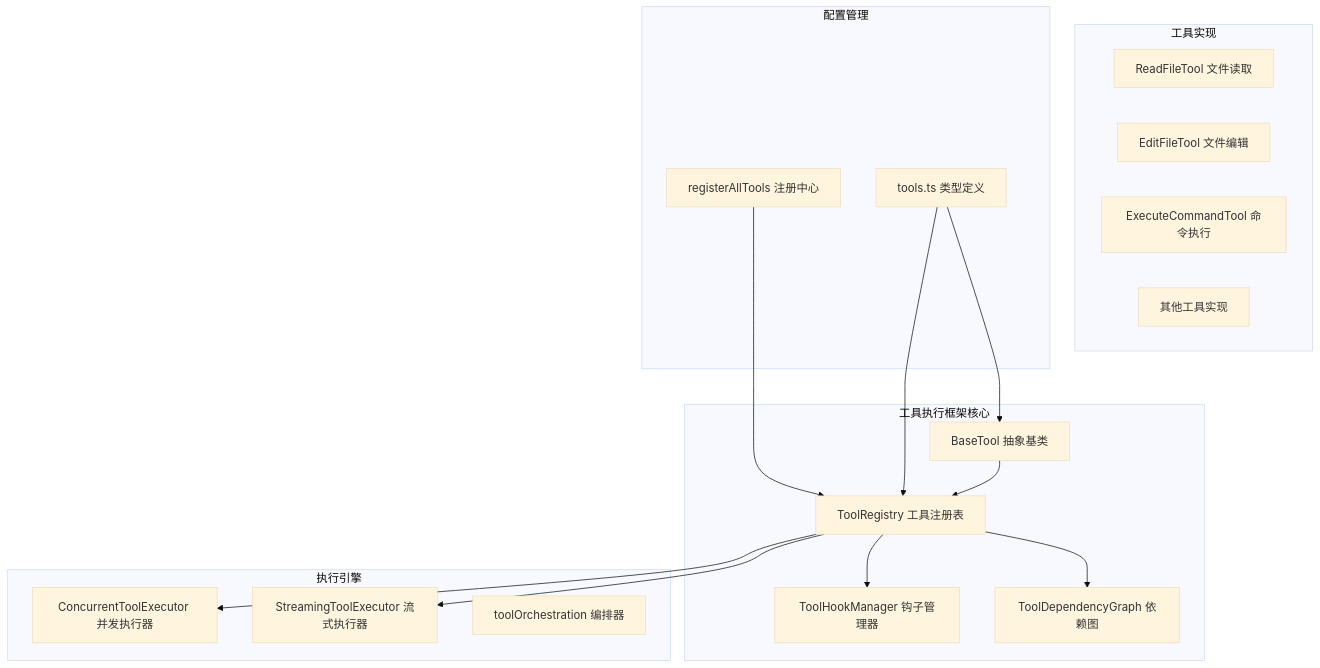
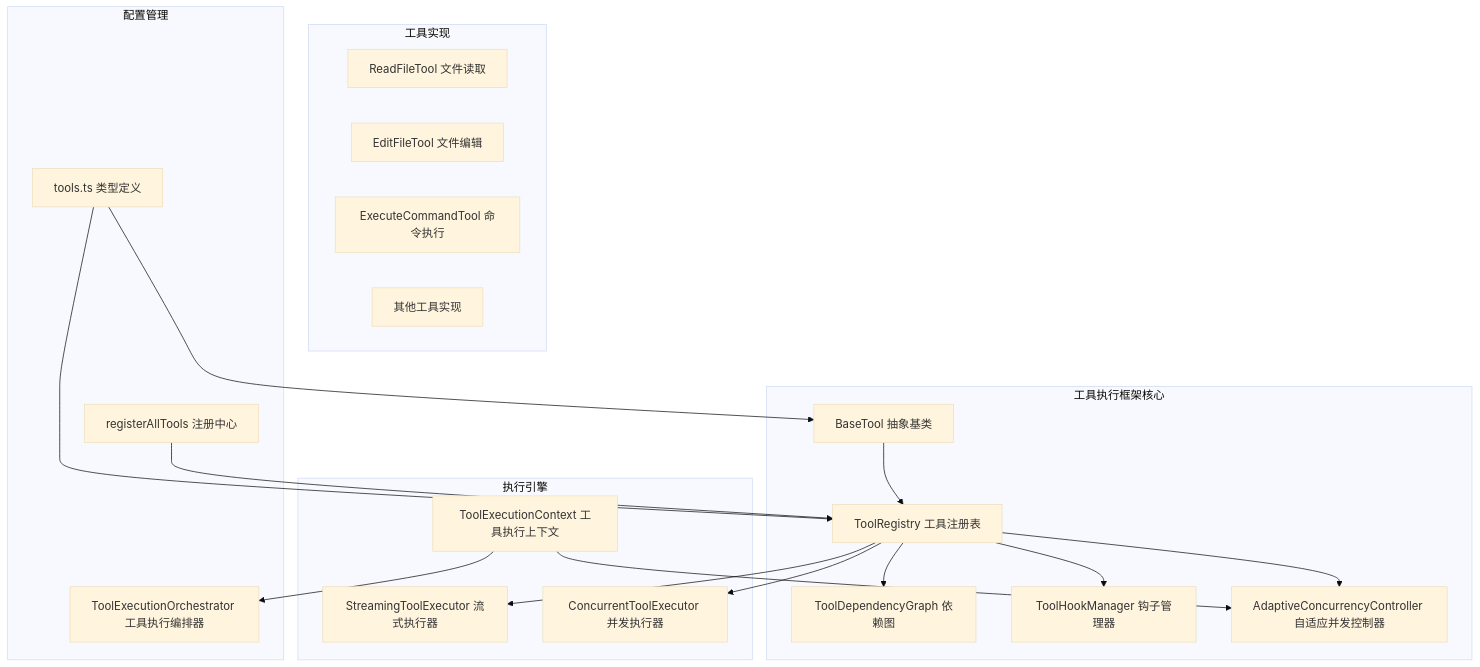
The first of 6 diagrams in .qoder/repowiki/zh/content/核心功能/工具系统/统一工具执行框架.md (JunjieChen0/NJUST), drawn with Mermaid (base theme) before and after one commit. The commit also changed other lines of this file and 37 other files, not shown here.

````diff
--- a/.qoder/repowiki/zh/content/核心功能/工具系统/统一工具执行框架.md
+++ b/.qoder/repowiki/zh/content/核心功能/工具系统/统一工具执行框架.md
@@ -47,32 +61,37 @@
 ```mermaid
 graph TB
 subgraph "工具执行框架核心"
 BaseTool[BaseTool 抽象基类]
 ToolRegistry[ToolRegistry 工具注册表]
 ToolDependencyGraph[ToolDependencyGraph 依赖图]
 ToolHookManager[ToolHookManager 钩子管理器]
+AdaptiveConcurrencyController[AdaptiveConcurrencyController 自适应并发控制器]
 end
 subgraph "工具实现"
 ReadFileTool[ReadFileTool 文件读取]
 EditFileTool[EditFileTool 文件编辑]
 ExecuteCommandTool[ExecuteCommandTool 命令执行]
 OtherTools[其他工具实现]
 end
 subgraph "执行引擎"
 StreamingToolExecutor[StreamingToolExecutor 流式执行器]
 ConcurrentToolExecutor[ConcurrentToolExecutor 并发执行器]
-toolOrchestration[toolOrchestration 编排器]
+ToolExecutionContext[ToolExecutionContext 工具执行上下文]
 end
 subgraph "配置管理"
 registerAllTools[registerAllTools 注册中心]
 toolsTS[tools.ts 类型定义]
+ToolExecutionOrchestrator[ToolExecutionOrchestrator 工具执行编排器]
 end
 BaseTool --> ToolRegistry
 ToolRegistry --> ToolDependencyGraph
 ToolRegistry --> ToolHookManager
 ToolRegistry --> StreamingToolExecutor
 ToolRegistry --> ConcurrentToolExecutor
+ToolRegistry --> AdaptiveConcurrencyController
 registerAllTools --> ToolRegistry
 toolsTS --> BaseTool
 toolsTS --> ToolRegistry
+ToolExecutionContext --> AdaptiveConcurrencyController
+ToolExecutionContext --> ToolExecutionOrchestrator
 ```
````
